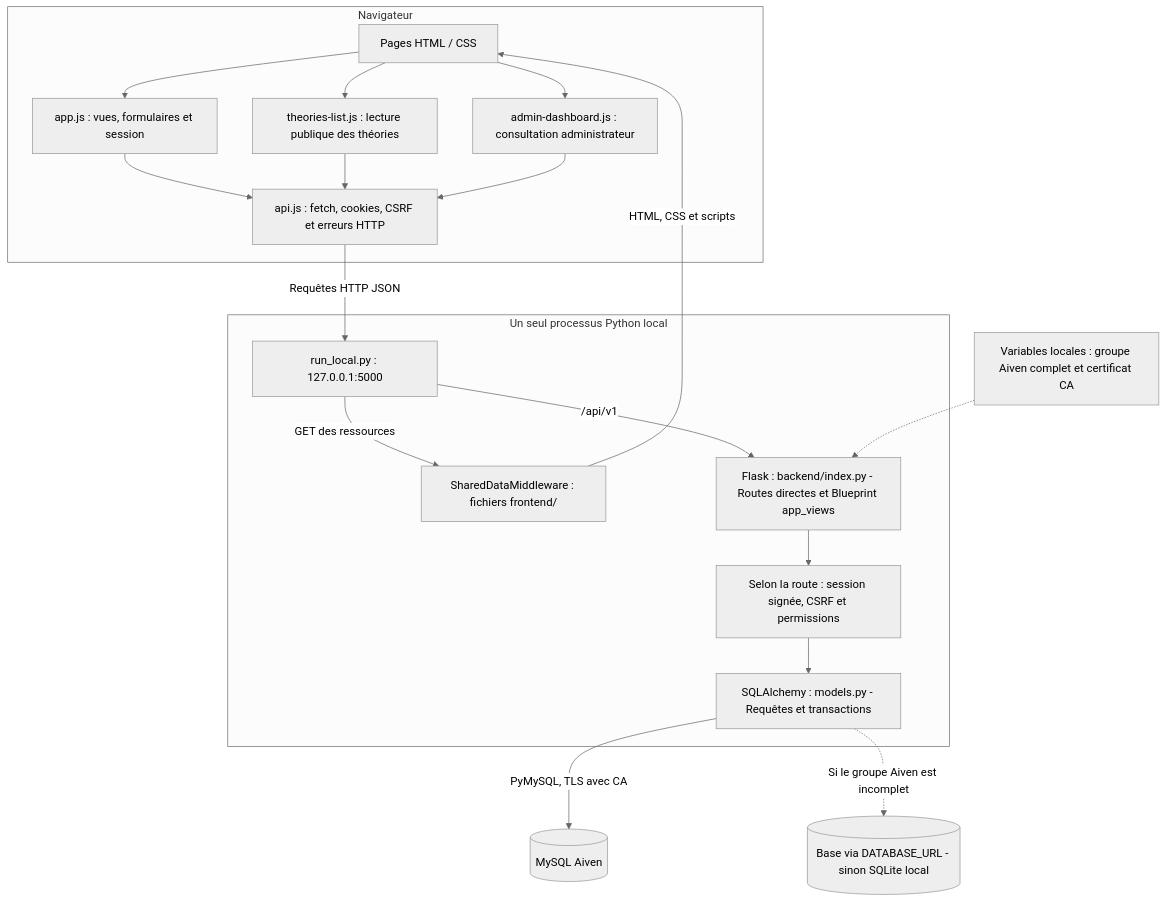
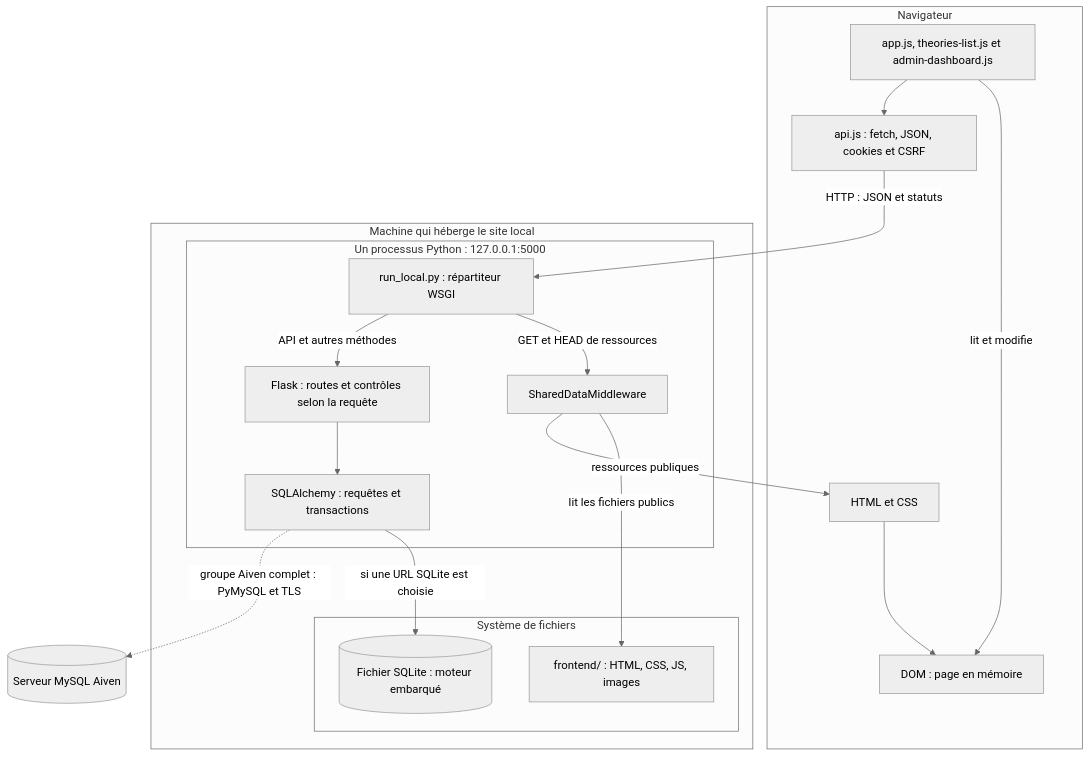
One commit to Leyvsi/portfolio changed the first of 2 diagrams in docs/soutenance/fiche-commune.md. Above: the diagram before and after it, drawn with Mermaid (neutral theme). The commit also changed other lines of this file and 114 other files, not shown here.

````diff
--- a/docs/soutenance/fiche-commune.md
+++ b/docs/soutenance/fiche-commune.md
@@ -81,32 +117,32 @@
 ```mermaid
 flowchart TB
   subgraph NAV["Navigateur"]
-    PAGE["Pages HTML / CSS"]
-    APP["app.js : vues, formulaires et session"]
-    TL["theories-list.js : lecture publique des théories"]
-    AD["admin-dashboard.js : consultation administrateur"]
-    CLIENT["api.js : fetch, cookies, CSRF et erreurs HTTP"]
-    PAGE --> APP
-    PAGE --> TL
-    PAGE --> AD
-    APP --> CLIENT
-    TL --> CLIENT
-    AD --> CLIENT
+    HTML["HTML et CSS"]
+    DOM["DOM : page en mémoire"]
+    JS["app.js, theories-list.js et admin-dashboard.js"]
+    APIJS["api.js : fetch, JSON, cookies et CSRF"]
+    HTML --> DOM
+    JS -->|"lit et modifie"| DOM
+    JS --> APIJS
   end
-  subgraph LOCAL["Un seul processus Python local"]
-    RUN["run_local.py : 127.0.0.1:5000"]
-    STATIC["SharedDataMiddleware : fichiers frontend/"]
-    FLASK["Flask : backend/index.py - Routes directes et Blueprint app_views"]
-    SEC["Selon la route : session signée, CSRF et permissions"]
-    ORM["SQLAlchemy : models.py - Requêtes et transactions"]
-    RUN -->|"GET des ressources"| STATIC
-    RUN -->|"/api/v1"| FLASK
-    FLASK --> SEC
-    SEC --> ORM
+  subgraph MACHINE["Machine qui héberge le site local"]
+    subgraph PROCESSUS["Un processus Python : 127.0.0.1:5000"]
+      RUN["run_local.py : répartiteur WSGI"]
+      STATIC["SharedDataMiddleware"]
+      FLASK["Flask : routes et contrôles selon la requête"]
+      ORM["SQLAlchemy : requêtes et transactions"]
+      RUN -->|"GET et HEAD de ressources"| STATIC
+      RUN -->|"API et autres méthodes"| FLASK
+      FLASK --> ORM
+    end
+    subgraph DISQUE["Système de fichiers"]
+      FRONT["frontend/ : HTML, CSS, JS, images"]
+      SQLITE[("Fichier SQLite : moteur embarqué")]
+    end
+    STATIC -->|"lit les fichiers publics"| FRONT
+    ORM -->|"si une URL SQLite est choisie"| SQLITE
   end
-  STATIC -->|"HTML, CSS et scripts"| PAGE
-  CLIENT -->|"Requêtes HTTP JSON"| RUN
-  CONF["Variables locales : groupe Aiven complet et certificat CA"] -.-> FLASK
-  ORM -->|"PyMySQL, TLS avec CA"| MYSQL[("MySQL Aiven")]
-  ORM -.->|"Si le groupe Aiven est incomplet"| ALT[("Base via DATABASE_URL - sinon SQLite local")]
+  APIJS -->|"HTTP : JSON et statuts"| RUN
+  STATIC -->|"ressources publiques"| HTML
+  ORM -.->|"groupe Aiven complet : PyMySQL et TLS"| MYSQL[("Serveur MySQL Aiven")]
 ```
````
